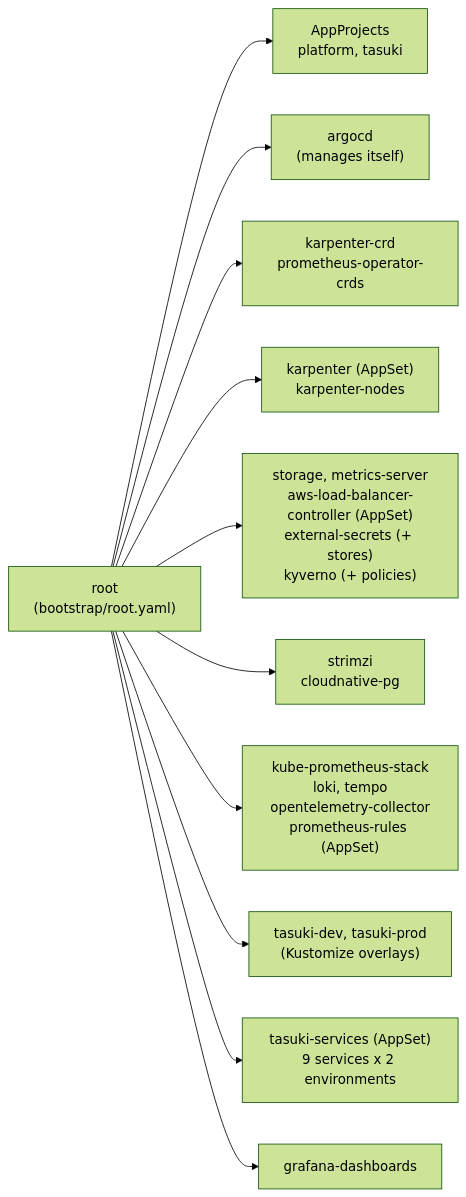
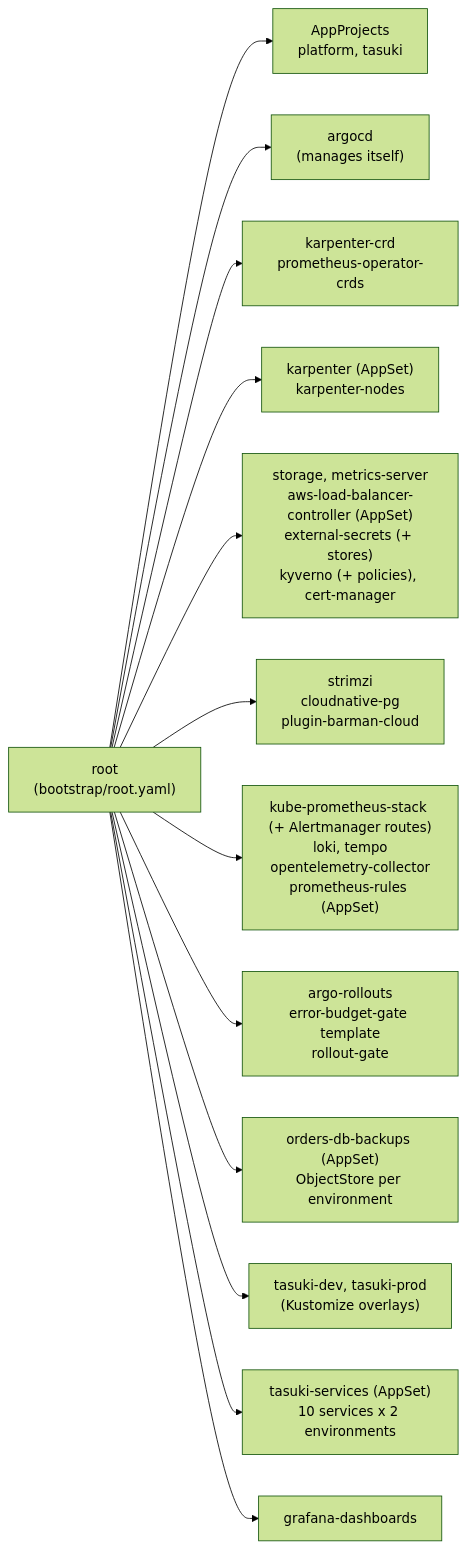
One commit to codewithmuh/tasuki-delivery-platform changed the diagram in deploy/README.md. Above: the diagram before and after it, drawn with Mermaid (forest theme). The commit also changed other lines of this file and 60 other files, not shown here.

Commit message:
feat(deploy,infra): canary releases, orders-db backups and alert routing

````diff
--- a/deploy/README.md
+++ b/deploy/README.md
@@ -39,13 +41,15 @@
 ```mermaid
 flowchart LR
     root["root<br/>(bootstrap/root.yaml)"] --> projects["AppProjects<br/>platform, tasuki"]
     root --> argocd["argocd<br/>(manages itself)"]
     root --> crds["karpenter-crd<br/>prometheus-operator-crds"]
     root --> karp["karpenter (AppSet)<br/>karpenter-nodes"]
-    root --> addons["storage, metrics-server<br/>aws-load-balancer-controller (AppSet)<br/>external-secrets (+ stores)<br/>kyverno (+ policies)"]
-    root --> ops["strimzi<br/>cloudnative-pg"]
-    root --> obs["kube-prometheus-stack<br/>loki, tempo<br/>opentelemetry-collector<br/>prometheus-rules (AppSet)"]
+    root --> addons["storage, metrics-server<br/>aws-load-balancer-controller (AppSet)<br/>external-secrets (+ stores)<br/>kyverno (+ policies), cert-manager"]
+    root --> ops["strimzi<br/>cloudnative-pg<br/>plugin-barman-cloud"]
+    root --> obs["kube-prometheus-stack (+ Alertmanager routes)<br/>loki, tempo<br/>opentelemetry-collector<br/>prometheus-rules (AppSet)"]
+    root --> delivery["argo-rollouts<br/>error-budget-gate template<br/>rollout-gate"]
+    root --> backups["orders-db-backups (AppSet)<br/>ObjectStore per environment"]
     root --> envs["tasuki-dev, tasuki-prod<br/>(Kustomize overlays)"]
-    root --> svcs["tasuki-services (AppSet)<br/>9 services x 2 environments"]
+    root --> svcs["tasuki-services (AppSet)<br/>10 services x 2 environments"]
     root --> dash["grafana-dashboards"]
 ```
````
